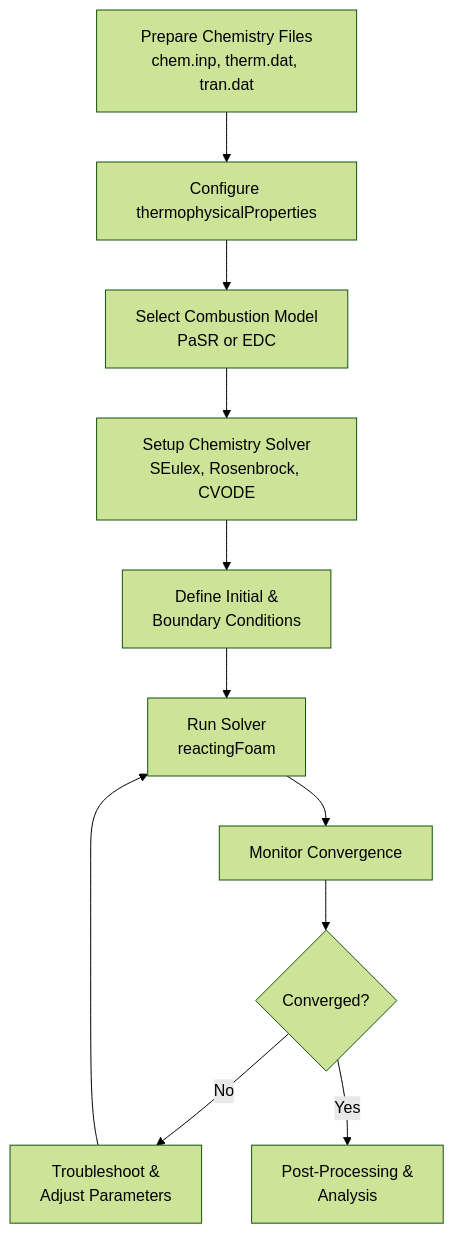
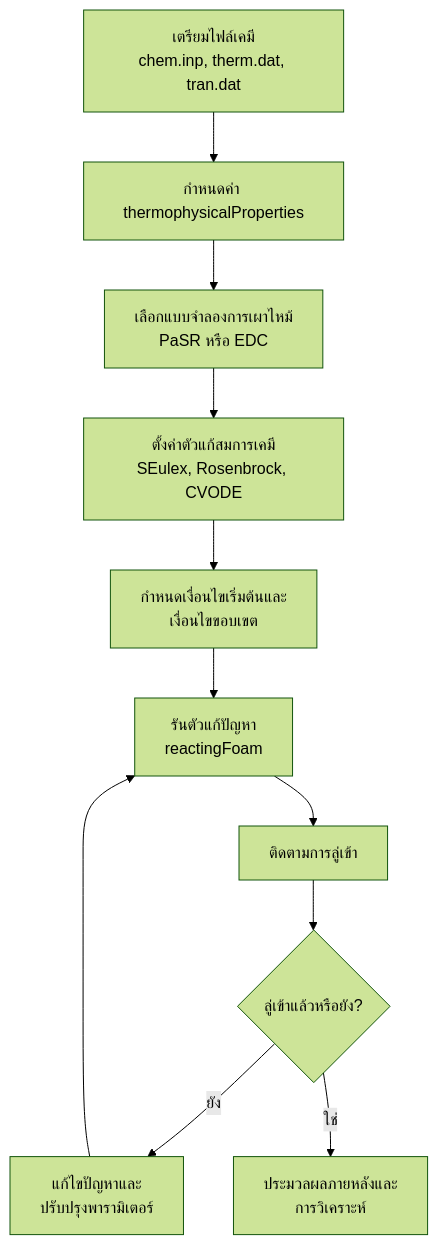
One commit to wramet/build-my-cfd changed the diagram in MODULE_06_ADVANCED_PHYSICS/CONTENT/03_REACTING_FLOWS/05_Practical_Workflow.md. Above: the diagram before and after it, drawn with Mermaid (forest theme). The commit also changed other lines of this file and 104 other files, not shown here.

````diff
--- a/MODULE_06_ADVANCED_PHYSICS/CONTENT/03_REACTING_FLOWS/05_Practical_Workflow.md
+++ b/MODULE_06_ADVANCED_PHYSICS/CONTENT/03_REACTING_FLOWS/05_Practical_Workflow.md
@@ -736,13 +736,13 @@
 ```mermaid
 flowchart TD
-    A[Prepare Chemistry Files<br/>chem.inp, therm.dat, tran.dat] --> B[Configure thermophysicalProperties]
-    B --> C[Select Combustion Model<br/>PaSR or EDC]
-    C --> D[Setup Chemistry Solver<br/>SEulex, Rosenbrock, CVODE]
-    D --> E[Define Initial &<br/>Boundary Conditions]
-    E --> F[Run Solver<br/>reactingFoam]
-    F --> G[Monitor Convergence]
-    G --> H{Converged?}
-    H -->|No| I[Troubleshoot &<br/>Adjust Parameters]
+    A[เตรียมไฟล์เคมี<br/>chem.inp, therm.dat, tran.dat] --> B[กำหนดค่า thermophysicalProperties]
+    B --> C[เลือกแบบจำลองการเผาไหม้<br/>PaSR หรือ EDC]
+    C --> D[ตั้งค่าตัวแก้สมการเคมี<br/>SEulex, Rosenbrock, CVODE]
+    D --> E[กำหนดเงื่อนไขเริ่มต้นและ<br/>เงื่อนไขขอบเขต]
+    E --> F[รันตัวแก้ปัญหา<br/>reactingFoam]
+    F --> G[ติดตามการลู่เข้า]
+    G --> H{ลู่เข้าแล้วหรือยัง?};
+    H -->|ยัง| I[แก้ไขปัญหาและ<br/>ปรับปรุงพารามิเตอร์]
     I --> F
-    H -->|Yes| J[Post-Processing &<br/>Analysis]
+    H -->|ใช่| J[ประมวลผลภายหลังและ<br/>การวิเคราะห์]
 ```
````
